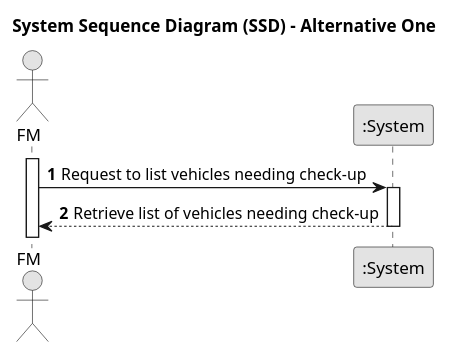
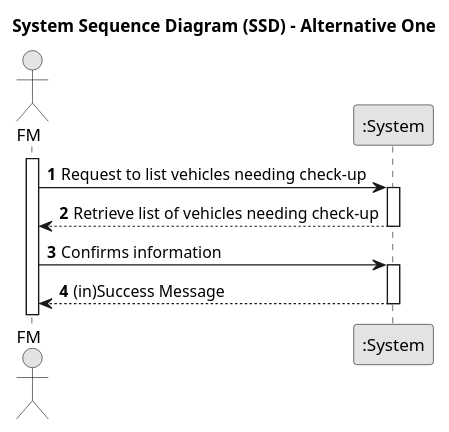
One commit to Departamento-de-Engenharia-Informatica/lei-24-s2-1df-1de-g063 changed the diagram in docs/sprintA/us008/01.requirements-engineering/puml/us008-system-sequence-diagram-alternative-one.puml. Above: the diagram before and after it, drawn with PlantUML. The commit also changed 3 other files, not shown here.

```diff
--- a/docs/sprintA/us008/01.requirements-engineering/puml/us008-system-sequence-diagram-alternative-one.puml
+++ b/docs/sprintA/us008/01.requirements-engineering/puml/us008-system-sequence-diagram-alternative-one.puml
@@ -1,21 +1,26 @@
 @startuml
 skinparam monochrome true
 skinparam packageStyle rectangle
 skinparam shadowing false
 
 title System Sequence Diagram (SSD) - Alternative One
 
 autonumber
 
 actor "FM" as Employee
 participant ":System" as System
 
 activate Employee
 
     Employee -> System :  Request to list vehicles needing check-up
     activate System
 
         System --> Employee : Retrieve list of vehicles needing check-up
     deactivate System
 
+    Employee -> System :  Confirms information
+    activate System
+
+        System --> Employee : (in)Success Message
+    deactivate System
 @enduml
```
